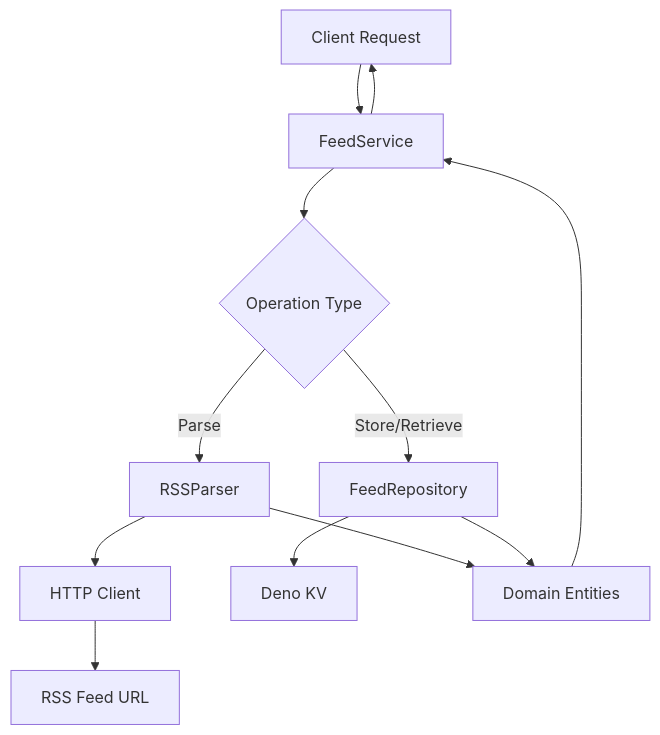
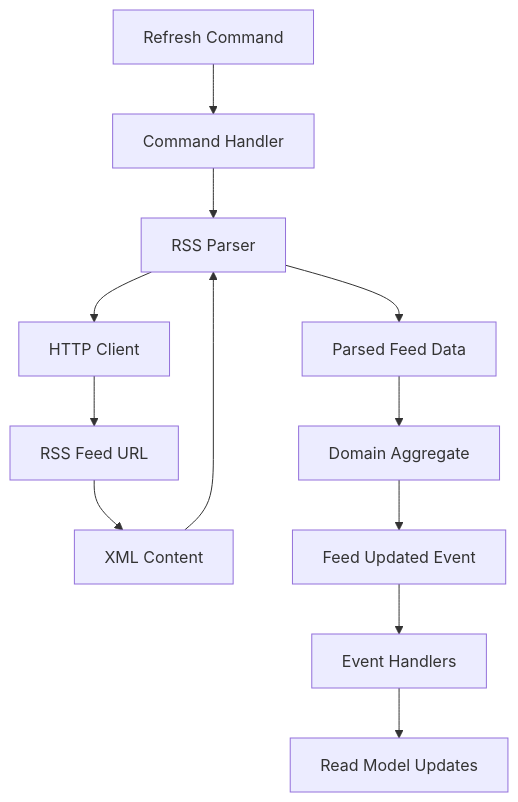
The third of 3 diagrams in .kiro/specs/feeder/design.md (windchime-yk/feeder), drawn with Mermaid before and after one commit. The commit also changed other lines of this file and 2 other files, not shown here.

````diff
--- a/.kiro/specs/feeder/design.md
+++ b/.kiro/specs/feeder/design.md
@@ -136,14 +342,14 @@
 ```mermaid
 graph TD
-    A[Client Request] --> B[FeedService]
-    B --> C{Operation Type}
-    C -->|Parse| D[RSSParser]
-    C -->|Store/Retrieve| E[FeedRepository]
-    D --> F[HTTP Client]
-    F --> G[RSS Feed URL]
-    E --> H[Deno KV]
-    D --> I[Domain Entities]
-    E --> I
-    I --> B
-    B --> A
+    A[Refresh Command] --> B[Command Handler]
+    B --> C[RSS Parser]
+    C --> D[HTTP Client]
+    D --> E[RSS Feed URL]
+    E --> F[XML Content]
+    F --> C
+    C --> G[Parsed Feed Data]
+    G --> H[Domain Aggregate]
+    H --> I[Feed Updated Event]
+    I --> J[Event Handlers]
+    J --> K[Read Model Updates]
 ```
````
